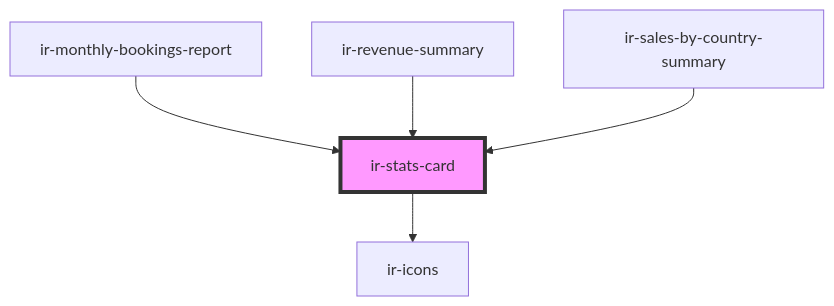
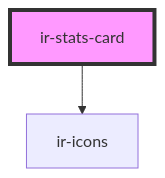
Before and after one commit to RonyRizk/ir-webcmp: the diagram in src/components/ui/ir-stats-card/readme.md, drawn with Mermaid. The commit also changed other lines of this file and 508 other files, not shown here.

````diff
--- a/src/components/ui/ir-stats-card/readme.md
+++ b/src/components/ui/ir-stats-card/readme.md
@@ -31,8 +25,5 @@
 ```mermaid
 graph TD;
   ir-stats-card --> ir-icons
-  ir-monthly-bookings-report --> ir-stats-card
-  ir-revenue-summary --> ir-stats-card
-  ir-sales-by-country-summary --> ir-stats-card
   style ir-stats-card fill:#f9f,stroke:#333,stroke-width:4px
 ```
````
